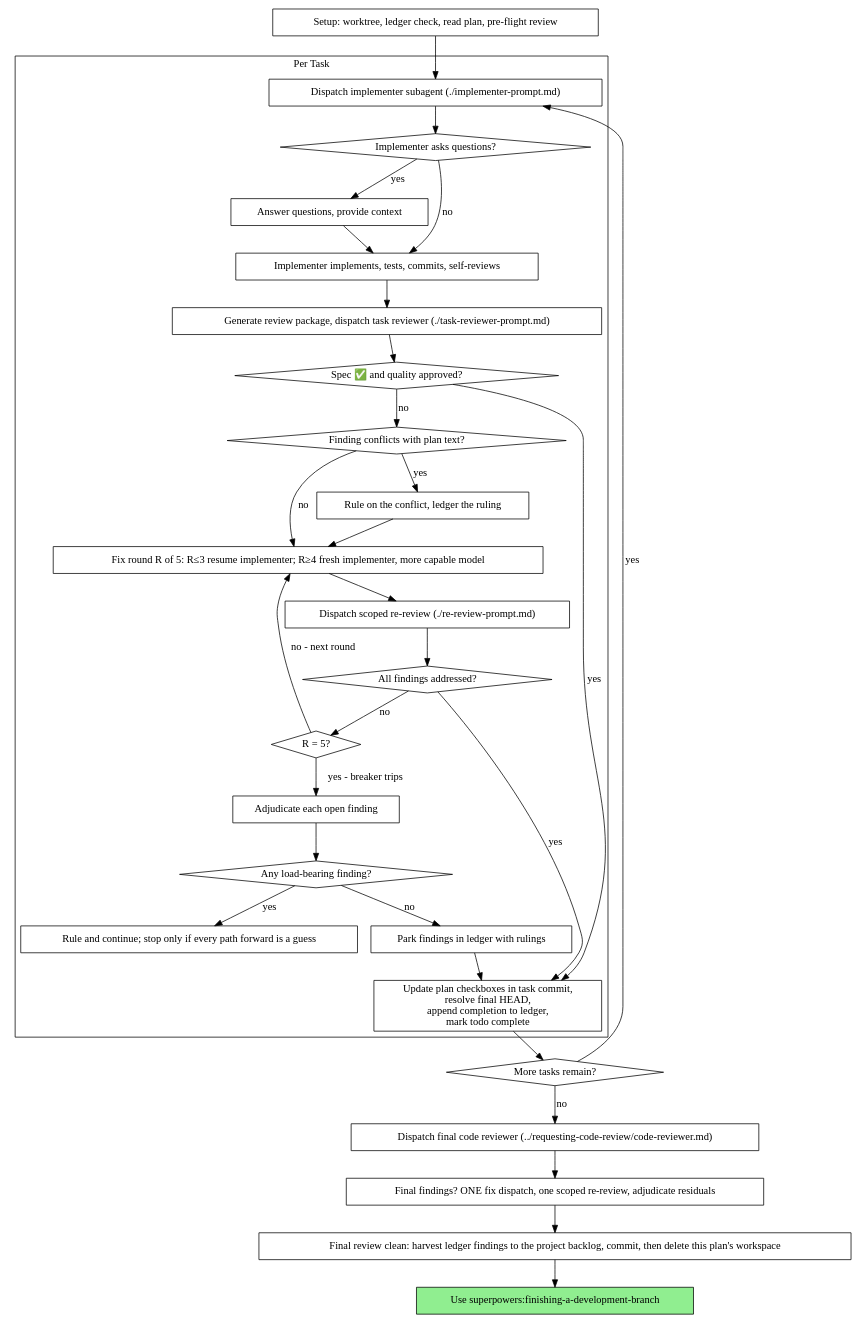
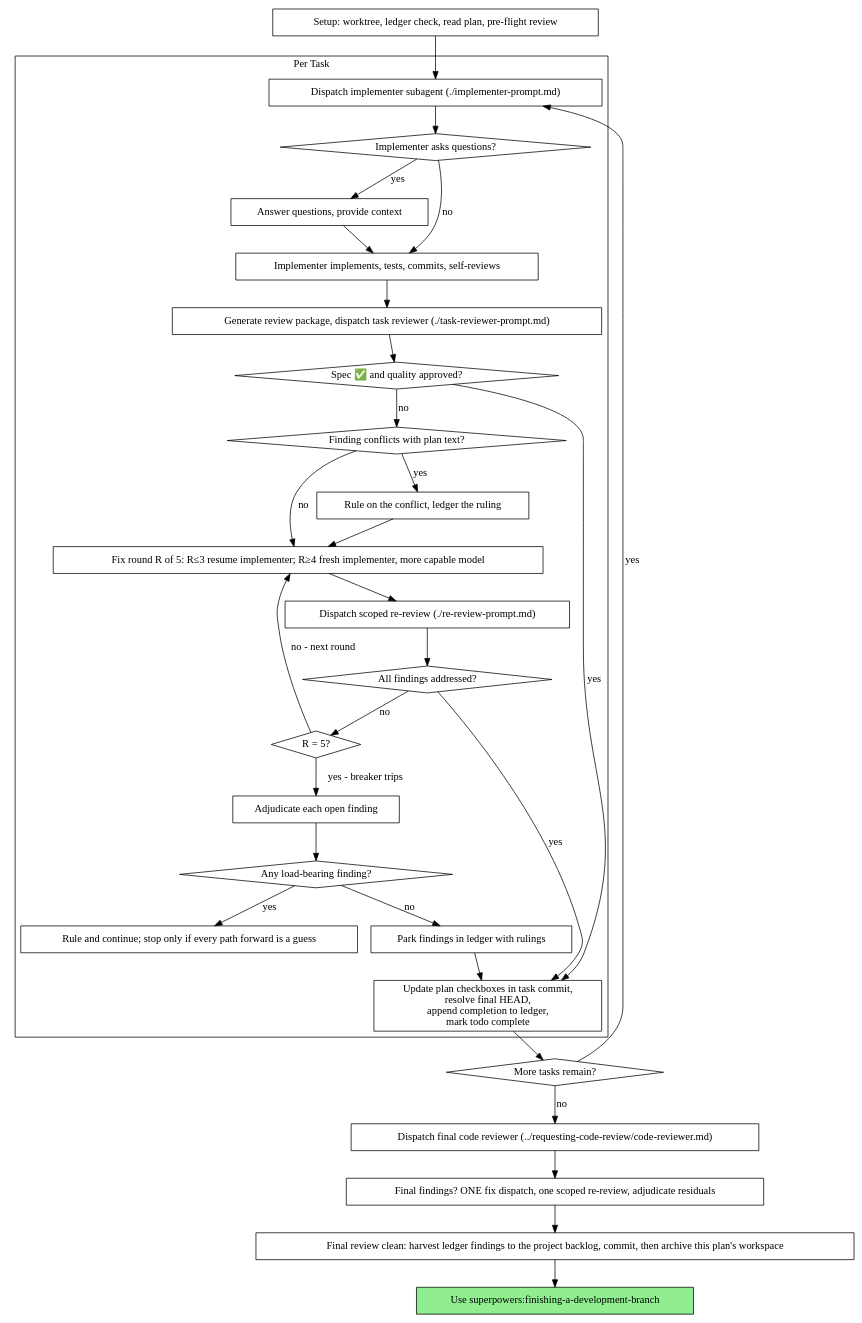
One commit to jasoncarr95/superpowers changed the second of 2 diagrams in skills/subagent-driven-development/SKILL.md. Above: the diagram before and after it, drawn with Graphviz. The commit also changed other lines of this file, not shown here.

````diff
--- a/skills/subagent-driven-development/SKILL.md
+++ b/skills/subagent-driven-development/SKILL.md
@@ -62,62 +62,62 @@
 ```dot
 digraph process {
     rankdir=TB;
 
     subgraph cluster_per_task {
         label="Per Task";
         "Dispatch implementer subagent (./implementer-prompt.md)" [shape=box];
         "Implementer asks questions?" [shape=diamond];
         "Answer questions, provide context" [shape=box];
         "Implementer implements, tests, commits, self-reviews" [shape=box];
         "Generate review package, dispatch task reviewer (./task-reviewer-prompt.md)" [shape=box];
         "Spec ✅ and quality approved?" [shape=diamond];
         "Finding conflicts with plan text?" [shape=diamond];
         "Rule on the conflict, ledger the ruling" [shape=box];
         "Fix round R of 5: R≤3 resume implementer; R≥4 fresh implementer, more capable model" [shape=box];
         "Dispatch scoped re-review (./re-review-prompt.md)" [shape=box];
         "All findings addressed?" [shape=diamond];
         "R = 5?" [shape=diamond];
         "Adjudicate each open finding" [shape=box];
         "Any load-bearing finding?" [shape=diamond];
         "Rule and continue; stop only if every path forward is a guess" [shape=box];
         "Park findings in ledger with rulings" [shape=box];
         "Update plan checkboxes in task commit,\nresolve final HEAD,\nappend completion to ledger,\nmark todo complete" [shape=box];
     }
 
     "Setup: worktree, ledger check, read plan, pre-flight review" [shape=box];
     "More tasks remain?" [shape=diamond];
     "Dispatch final code reviewer (../requesting-code-review/code-reviewer.md)" [shape=box];
     "Final findings? ONE fix dispatch, one scoped re-review, adjudicate residuals" [shape=box];
-    "Final review clean: harvest ledger findings to the project backlog, commit, then delete this plan's workspace" [shape=box];
+    "Final review clean: harvest ledger findings to the project backlog, commit, then archive this plan's workspace" [shape=box];
     "Use superpowers:finishing-a-development-branch" [shape=box style=filled fillcolor=lightgreen];
 
     "Setup: worktree, ledger check, read plan, pre-flight review" -> "Dispatch implementer subagent (./implementer-prompt.md)";
     "Dispatch implementer subagent (./implementer-prompt.md)" -> "Implementer asks questions?";
     "Implementer asks questions?" -> "Answer questions, provide context" [label="yes"];
     "Answer questions, provide context" -> "Implementer implements, tests, commits, self-reviews";
     "Implementer asks questions?" -> "Implementer implements, tests, commits, self-reviews" [label="no"];
     "Implementer implements, tests, commits, self-reviews" -> "Generate review package, dispatch task reviewer (./task-reviewer-prompt.md)";
     "Generate review package, dispatch task reviewer (./task-reviewer-prompt.md)" -> "Spec ✅ and quality approved?";
     "Spec ✅ and quality approved?" -> "Update plan checkboxes in task commit,\nresolve final HEAD,\nappend completion to ledger,\nmark todo complete" [label="yes"];
     "Spec ✅ and quality approved?" -> "Finding conflicts with plan text?" [label="no"];
     "Finding conflicts with plan text?" -> "Rule on the conflict, ledger the ruling" [label="yes"];
     "Rule on the conflict, ledger the ruling" -> "Fix round R of 5: R≤3 resume implementer; R≥4 fresh implementer, more capable model";
     "Finding conflicts with plan text?" -> "Fix round R of 5: R≤3 resume implementer; R≥4 fresh implementer, more capable model" [label="no"];
     "Fix round R of 5: R≤3 resume implementer; R≥4 fresh implementer, more capable model" -> "Dispatch scoped re-review (./re-review-prompt.md)";
     "Dispatch scoped re-review (./re-review-prompt.md)" -> "All findings addressed?";
     "All findings addressed?" -> "Update plan checkboxes in task commit,\nresolve final HEAD,\nappend completion to ledger,\nmark todo complete" [label="yes"];
     "All findings addressed?" -> "R = 5?" [label="no"];
     "R = 5?" -> "Fix round R of 5: R≤3 resume implementer; R≥4 fresh implementer, more capable model" [label="no - next round"];
     "R = 5?" -> "Adjudicate each open finding" [label="yes - breaker trips"];
     "Adjudicate each open finding" -> "Any load-bearing finding?";
     "Any load-bearing finding?" -> "Rule and continue; stop only if every path forward is a guess" [label="yes"];
     "Any load-bearing finding?" -> "Park findings in ledger with rulings" [label="no"];
     "Park findings in ledger with rulings" -> "Update plan checkboxes in task commit,\nresolve final HEAD,\nappend completion to ledger,\nmark todo complete";
     "Update plan checkboxes in task commit,\nresolve final HEAD,\nappend completion to ledger,\nmark todo complete" -> "More tasks remain?";
     "More tasks remain?" -> "Dispatch implementer subagent (./implementer-prompt.md)" [label="yes"];
     "More tasks remain?" -> "Dispatch final code reviewer (../requesting-code-review/code-reviewer.md)" [label="no"];
     "Dispatch final code reviewer (../requesting-code-review/code-reviewer.md)" -> "Final findings? ONE fix dispatch, one scoped re-review, adjudicate residuals";
-    "Final findings? ONE fix dispatch, one scoped re-review, adjudicate residuals" -> "Final review clean: harvest ledger findings to the project backlog, commit, then delete this plan's workspace";
-    "Final review clean: harvest ledger findings to the project backlog, commit, then delete this plan's workspace" -> "Use superpowers:finishing-a-development-branch";
+    "Final findings? ONE fix dispatch, one scoped re-review, adjudicate residuals" -> "Final review clean: harvest ledger findings to the project backlog, commit, then archive this plan's workspace";
+    "Final review clean: harvest ledger findings to the project backlog, commit, then archive this plan's workspace" -> "Use superpowers:finishing-a-development-branch";
 }
 ```
````
